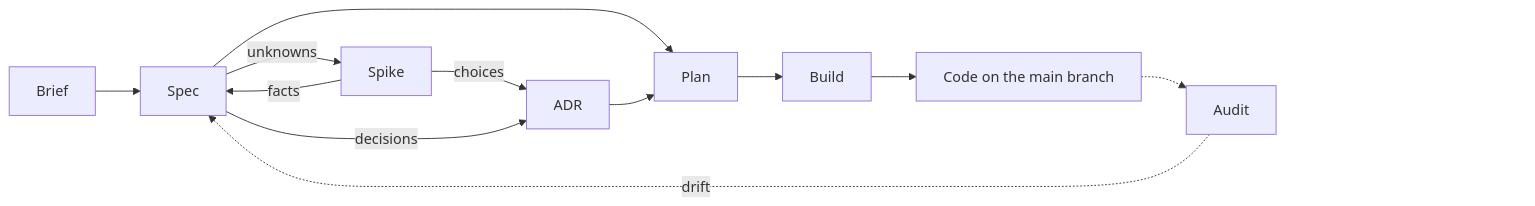
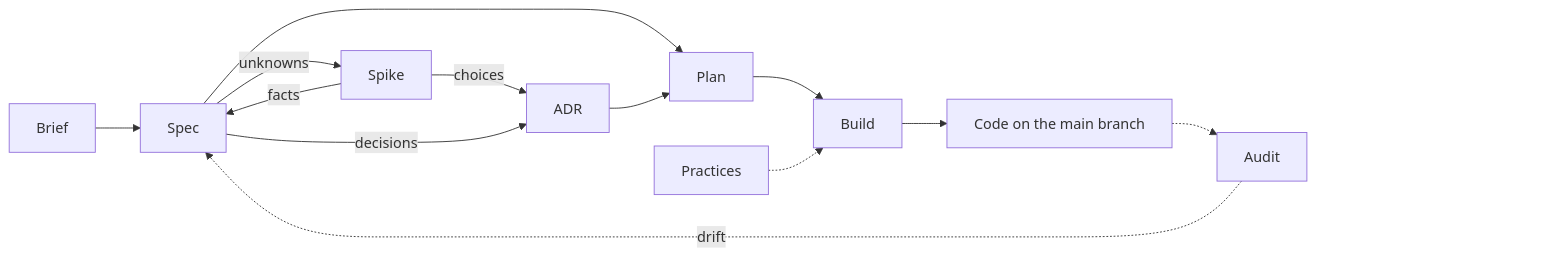
Before and after one commit to michaelmarconi/agentic-engineering: the diagram in README.md, drawn with Mermaid. The commit also changed other lines of this file and 1 other file, not shown here.

First line of the commit message:
List /practices in the README and the lifecycle rules

````diff
--- a/README.md
+++ b/README.md
@@ -95,16 +100,17 @@
 ```mermaid
 flowchart LR
     Brief --> Spec
     Spec -->|unknowns| Spike
     Spike -->|facts| Spec
     Spike -->|choices| ADR
     Spec -->|decisions| ADR
     Spec --> Plan
     ADR --> Plan
     Plan --> Build
+    Practices -.-> Build
     Build --> Code[Code on the main branch]
     Code -.-> Audit
     Audit -.->|drift| Spec
     Audit ~~~ Pad["#nbsp;#nbsp;#nbsp;#nbsp;#nbsp;#nbsp;#nbsp;#nbsp;#nbsp;#nbsp;#nbsp;#nbsp;#nbsp;#nbsp;#nbsp;#nbsp;#nbsp;#nbsp;#nbsp;#nbsp;#nbsp;#nbsp;#nbsp;#nbsp;#nbsp;#nbsp;#nbsp;#nbsp;#nbsp;#nbsp;#nbsp;#nbsp;#nbsp;#nbsp;#nbsp;#nbsp;#nbsp;#nbsp;#nbsp;#nbsp;"]
     style Pad fill:none,stroke:none
 ```
````
